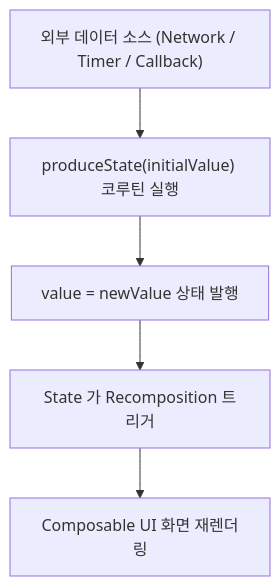
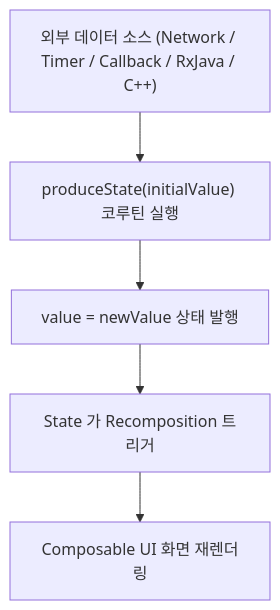
The diagram in 01_inbox/mobile/android/02_app_framework/jetpack-compose/state-and-lifecycle/compose-state-and-effect-contracts/produce-state.md (youngmin-gwon/what-i-studied), drawn with Mermaid before and after one commit. The commit also changed other lines of this file and 1 other file, not shown here.

````diff
--- a/01_inbox/mobile/android/02_app_framework/jetpack-compose/state-and-lifecycle/compose-state-and-effect-contracts/produce-state.md
+++ b/01_inbox/mobile/android/02_app_framework/jetpack-compose/state-and-lifecycle/compose-state-and-effect-contracts/produce-state.md
@@ -24,7 +36,7 @@
 ```mermaid
 graph TD
-    ExternalSource["외부 데이터 소스 (Network / Timer / Callback)"] --> ProduceBlock["produceState(initialValue) 코루틴 실행"]
+    ExternalSource["외부 데이터 소스 (Network / Timer / Callback / RxJava / C++)"] --> ProduceBlock["produceState(initialValue) 코루틴 실행"]
     ProduceBlock --> YieldValue["value = newValue 상태 발행"]
     YieldValue --> StateHolder["State<T> 가 Recomposition 트리거"]
     StateHolder --> UIRead["Composable UI 화면 재렌더링"]
 ```
````
